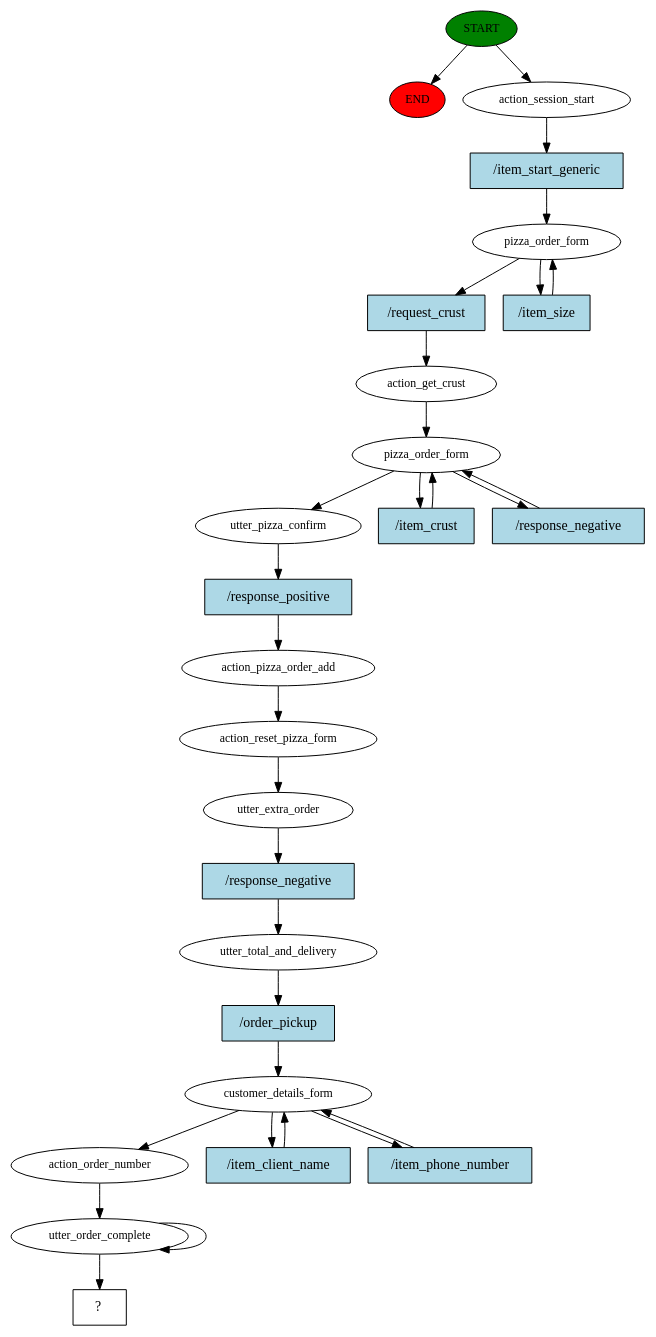
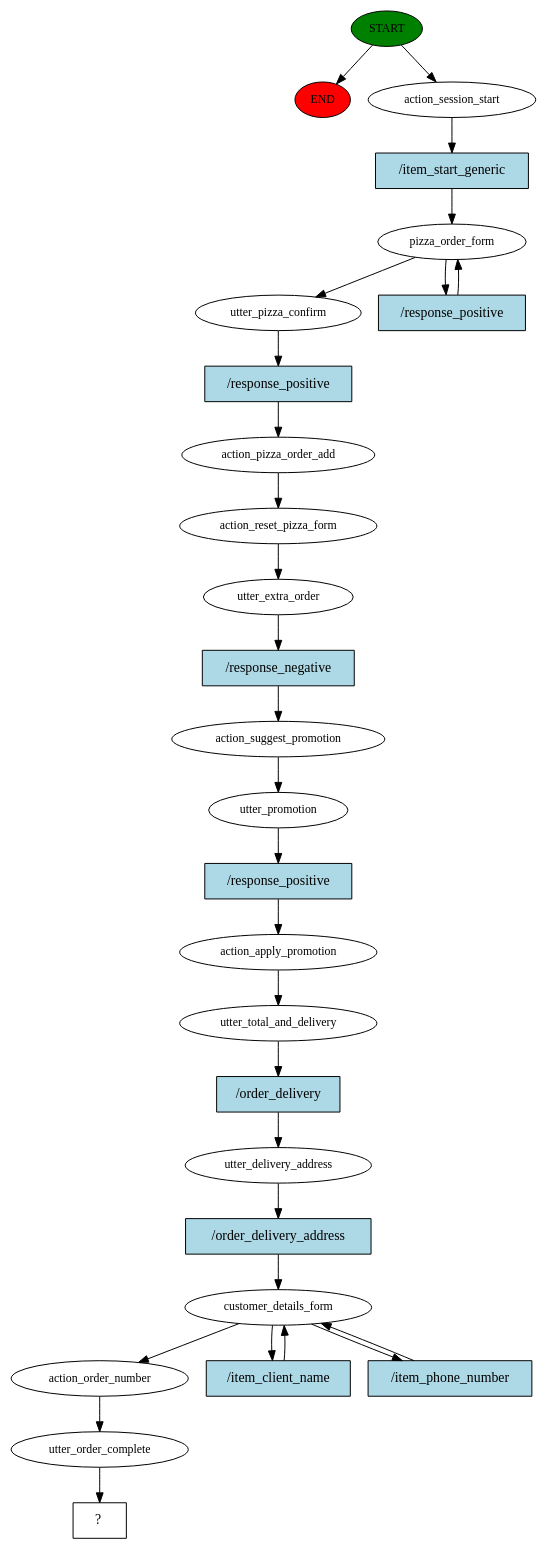
The diagram in story_graph.dot (pasterzewa/HMD-PizzaBot-project), drawn with Graphviz before and after one commit. The commit also changed 216 other files, not shown here.

```diff
--- a/story_graph.dot
+++ b/story_graph.dot
@@ -1,57 +1,56 @@
 digraph  {
 0 [class="start active", fillcolor=green, fontsize=12, label=START, style=filled];
 "-1" [class=end, fillcolor=red, fontsize=12, label=END, style=filled];
 1 [class=active, fontsize=12, label=action_session_start];
 2 [class=active, fontsize=12, label=pizza_order_form];
-4 [class=active, fontsize=12, label=action_get_crust];
-5 [class=active, fontsize=12, label=pizza_order_form];
-8 [class=active, fontsize=12, label=utter_pizza_confirm];
-9 [class=active, fontsize=12, label=action_pizza_order_add];
-10 [class=active, fontsize=12, label=action_reset_pizza_form];
-11 [class=active, fontsize=12, label=utter_extra_order];
-12 [class=active, fontsize=12, label=utter_total_and_delivery];
+4 [class=active, fontsize=12, label=utter_pizza_confirm];
+5 [class=active, fontsize=12, label=action_pizza_order_add];
+6 [class=active, fontsize=12, label=action_reset_pizza_form];
+7 [class=active, fontsize=12, label=utter_extra_order];
+8 [class=active, fontsize=12, label=action_suggest_promotion];
+9 [class=active, fontsize=12, label=utter_promotion];
+10 [class=active, fontsize=12, label=action_apply_promotion];
+11 [class=active, fontsize=12, label=utter_total_and_delivery];
+12 [class=active, fontsize=12, label=utter_delivery_address];
 13 [class=active, fontsize=12, label=customer_details_form];
 16 [class=active, fontsize=12, label=action_order_number];
 17 [class=active, fontsize=12, label=utter_order_complete];
-19 [class="intent dashed active", label="  ?  ", shape=rect];
-20 [class="intent active", fillcolor=lightblue, label="/item_start_generic", shape=rect, style=filled];
-21 [class="intent active", fillcolor=lightblue, label="/request_crust", shape=rect, style=filled];
-22 [class="intent active", fillcolor=lightblue, label="/item_size", shape=rect, style=filled];
-23 [class="intent active", fillcolor=lightblue, label="/item_crust", shape=rect, style=filled];
-24 [class="intent active", fillcolor=lightblue, label="/response_negative", shape=rect, style=filled];
-25 [class="intent active", fillcolor=lightblue, label="/response_positive", shape=rect, style=filled];
-26 [class="intent active", fillcolor=lightblue, label="/response_negative", shape=rect, style=filled];
-27 [class="intent active", fillcolor=lightblue, label="/order_pickup", shape=rect, style=filled];
-28 [class="intent active", fillcolor=lightblue, label="/item_client_name", shape=rect, style=filled];
-29 [class="intent active", fillcolor=lightblue, label="/item_phone_number", shape=rect, style=filled];
+18 [class="intent dashed active", label="  ?  ", shape=rect];
+19 [class="intent active", fillcolor=lightblue, label="/item_start_generic", shape=rect, style=filled];
+20 [class="intent active", fillcolor=lightblue, label="/response_positive", shape=rect, style=filled];
+21 [class="intent active", fillcolor=lightblue, label="/response_positive", shape=rect, style=filled];
+22 [class="intent active", fillcolor=lightblue, label="/response_negative", shape=rect, style=filled];
+23 [class="intent active", fillcolor=lightblue, label="/response_positive", shape=rect, style=filled];
+24 [class="intent active", fillcolor=lightblue, label="/order_delivery", shape=rect, style=filled];
+25 [class="intent active", fillcolor=lightblue, label="/order_delivery_address", shape=rect, style=filled];
+26 [class="intent active", fillcolor=lightblue, label="/item_client_name", shape=rect, style=filled];
+27 [class="intent active", fillcolor=lightblue, label="/item_phone_number", shape=rect, style=filled];
 0 -> "-1"  [class="", key=NONE, label=""];
 0 -> 1  [class=active, key=NONE, label=""];
-1 -> 20  [class=active, key=0];
-2 -> 21  [class=active, key=0];
-2 -> 22  [class=active, key=0];
-4 -> 5  [class=active, key=NONE, label=""];
-5 -> 8  [class=active, key=NONE, label=""];
-5 -> 23  [class=active, key=0];
-5 -> 24  [class=active, key=0];
-8 -> 25  [class=active, key=0];
-9 -> 10  [class=active, key=NONE, label=""];
+1 -> 19  [class=active, key=0];
+2 -> 4  [class=active, key=NONE, label=""];
+2 -> 20  [class=active, key=0];
+4 -> 21  [class=active, key=0];
+5 -> 6  [class=active, key=NONE, label=""];
+6 -> 7  [class=active, key=NONE, label=""];
+7 -> 22  [class=active, key=0];
+8 -> 9  [class=active, key=NONE, label=""];
+9 -> 23  [class=active, key=0];
 10 -> 11  [class=active, key=NONE, label=""];
-11 -> 26  [class=active, key=0];
-12 -> 27  [class=active, key=0];
+11 -> 24  [class=active, key=0];
+12 -> 25  [class=active, key=0];
 13 -> 16  [class=active, key=NONE, label=""];
-13 -> 28  [class=active, key=0];
-13 -> 29  [class=active, key=0];
+13 -> 26  [class=active, key=0];
+13 -> 27  [class=active, key=0];
 16 -> 17  [class=active, key=NONE, label=""];
-17 -> 19  [class=active, key=NONE, label=""];
-17 -> 17  [class=active, key=NONE, label=""];
+17 -> 18  [class=active, key=NONE, label=""];
+19 -> 2  [class=active, key=0];
 20 -> 2  [class=active, key=0];
-21 -> 4  [class=active, key=0];
-22 -> 2  [class=active, key=0];
-23 -> 5  [class=active, key=0];
-24 -> 5  [class=active, key=0];
-25 -> 9  [class=active, key=0];
-26 -> 12  [class=active, key=0];
+21 -> 5  [class=active, key=0];
+22 -> 8  [class=active, key=0];
+23 -> 10  [class=active, key=0];
+24 -> 12  [class=active, key=0];
+25 -> 13  [class=active, key=0];
+26 -> 13  [class=active, key=0];
 27 -> 13  [class=active, key=0];
-28 -> 13  [class=active, key=0];
-29 -> 13  [class=active, key=0];
 }
```
